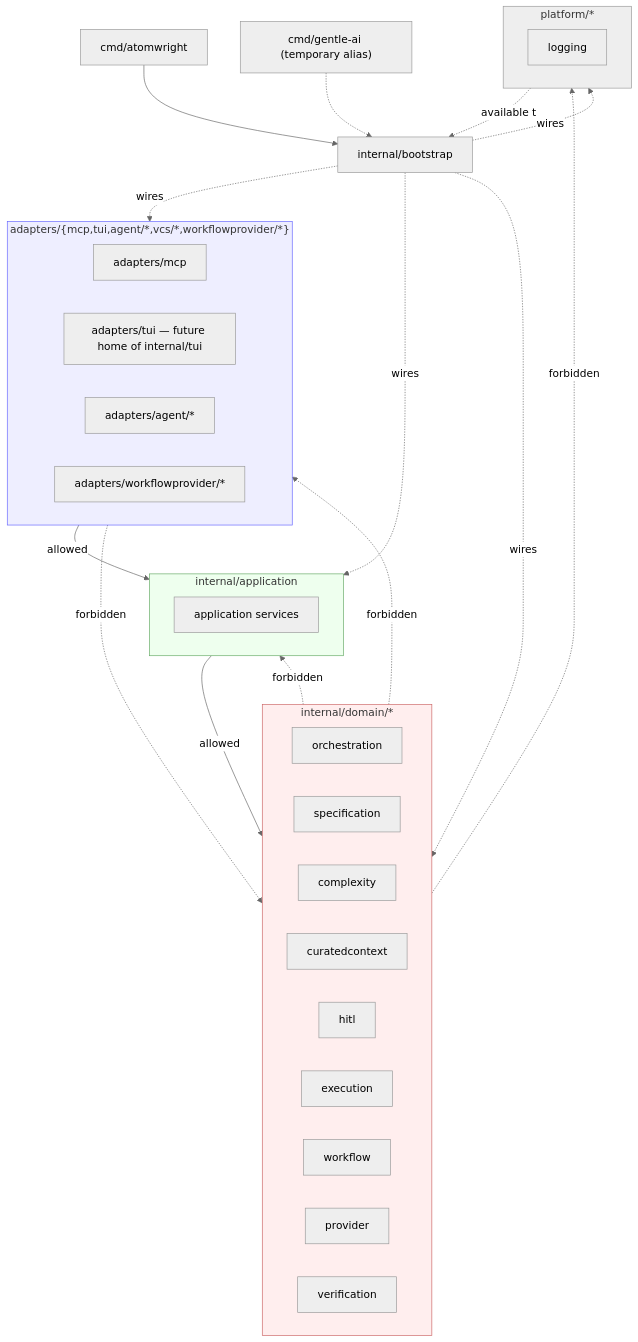
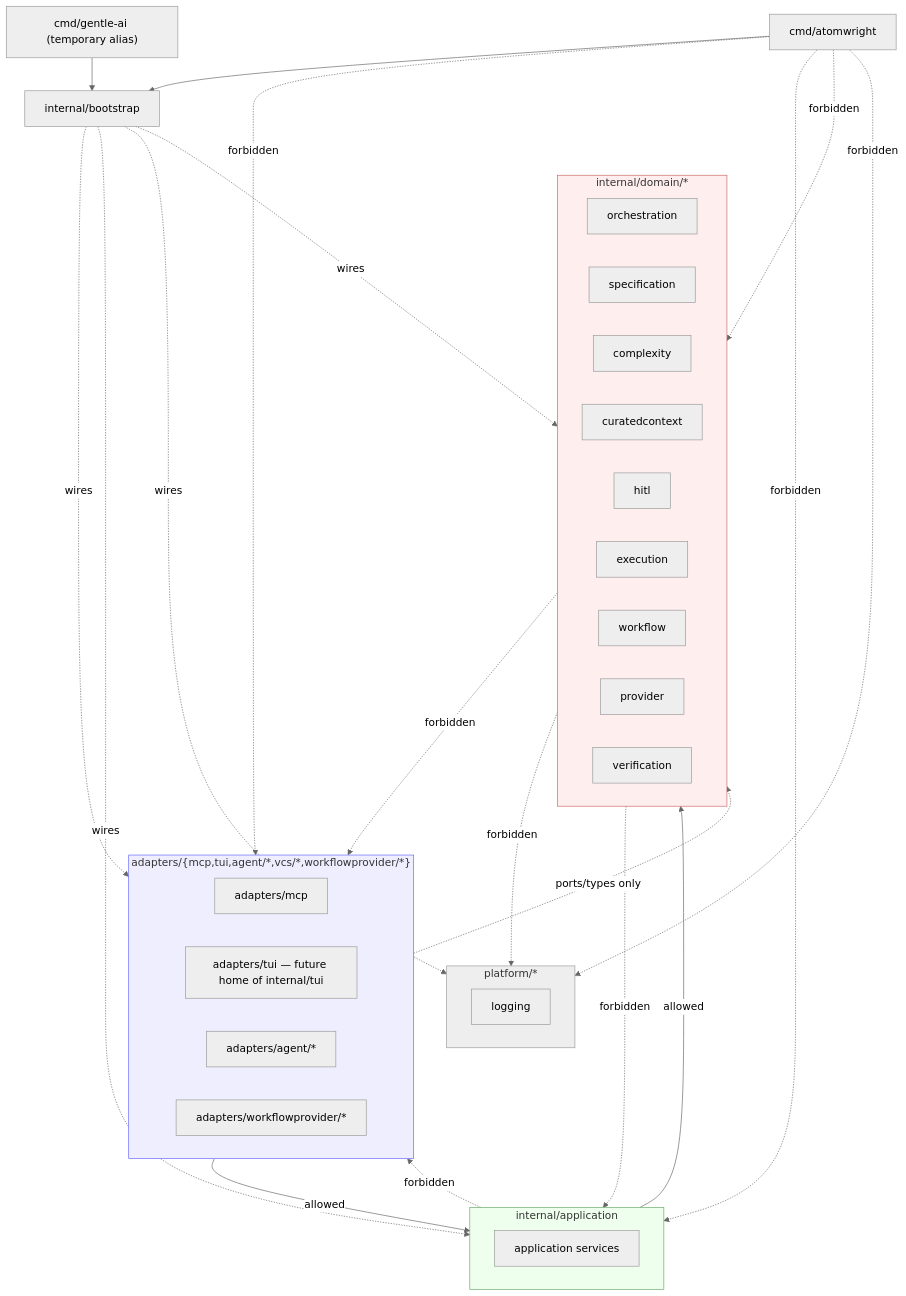
One commit to getsyntegrity/atomwright changed the first of 2 diagrams in docs/adr/0001-modular-monolith-skeleton.md. Above: the diagram before and after it, drawn with Mermaid (neutral theme). The commit also changed other lines of this file, not shown here.

First line of the commit message:
fix(adr-0001): resolve domain-ports contradiction, restrict cmd privilege, fix diagram cycle

````diff
--- a/docs/adr/0001-modular-monolith-skeleton.md
+++ b/docs/adr/0001-modular-monolith-skeleton.md
@@ -46,50 +46,54 @@
 ```mermaid
 flowchart TB
     subgraph Adapters["adapters/{mcp,tui,agent/*,vcs/*,workflowprovider/*}"]
         A1[adapters/mcp]
         A2[adapters/tui — future home of internal/tui]
         A3[adapters/agent/*]
         A4[adapters/workflowprovider/*]
     end
 
     subgraph App["internal/application"]
         APP[application services]
     end
 
     subgraph Domain["internal/domain/*"]
         D1[orchestration]
         D2[specification]
         D3[complexity]
         D4[curatedcontext]
         D5[hitl]
         D6[execution]
         D7[workflow]
         D8[provider]
         D9[verification]
     end
 
     subgraph Platform["platform/*"]
         P1[logging]
     end
 
     Boot[internal/bootstrap] -.wires.-> Adapters
     Boot -.wires.-> App
     Boot -.wires.-> Platform
     Boot -.wires.-> Domain
     Root[cmd/atomwright] --> Boot
-    Legacy["cmd/gentle-ai (temporary alias)"] -.-> Boot
+    Legacy["cmd/gentle-ai (temporary alias)"] --> Boot
 
     Adapters -->|allowed| App
+    Adapters -.->|ports/types only| Domain
     App -->|allowed| Domain
-    Platform -.available to.-> Boot
 
-    Adapters -.forbidden.-> Domain
     Domain -.forbidden.-> Adapters
     Domain -.forbidden.-> Platform
     Domain -.forbidden.-> App
+    App -.forbidden.-> Adapters
+    Root -.forbidden.-> Adapters
+    Root -.forbidden.-> App
+    Root -.forbidden.-> Domain
+    Root -.forbidden.-> Platform
 
     style Adapters fill:#eef,stroke:#66f
     style App fill:#efe,stroke:#6a6
     style Domain fill:#fee,stroke:#c66
     style Platform fill:#eee,stroke:#999
 ```
````
